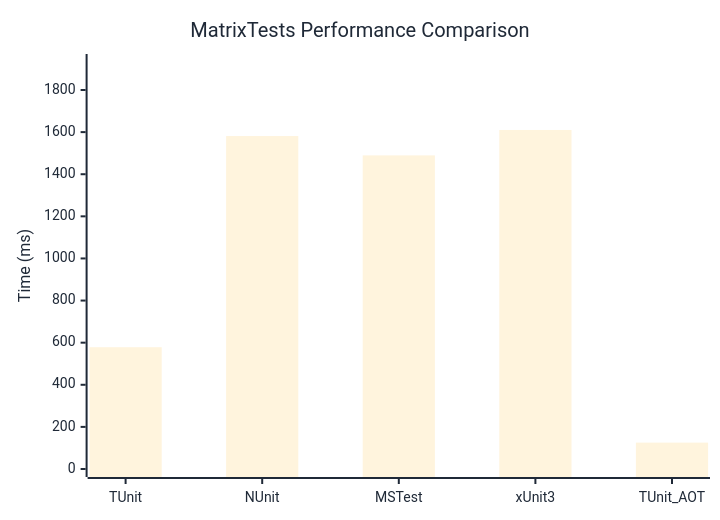
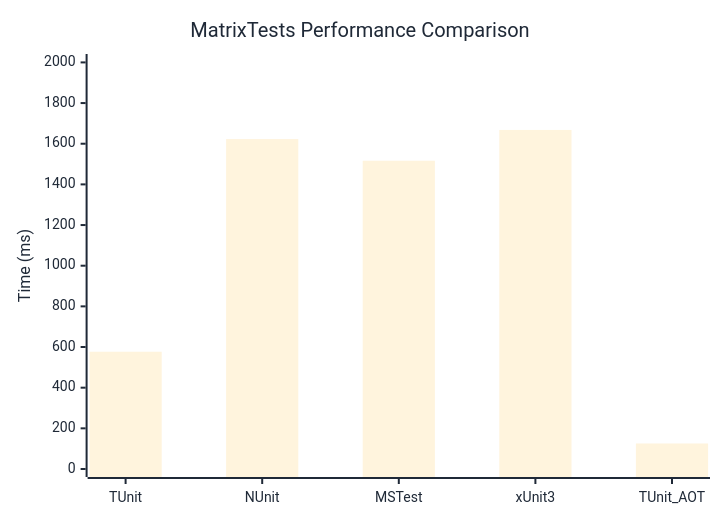
The diagram in docs/docs/benchmarks/MatrixTests.md (thomhurst/TUnit), drawn with Mermaid before and after one commit. The commit also changed other lines of this file and 17 other files, not shown here.

````diff
--- a/docs/docs/benchmarks/MatrixTests.md
+++ b/docs/docs/benchmarks/MatrixTests.md
@@ -27,37 +27,37 @@
 ```mermaid
 %%{init: {
   'theme':'base',
   'themeVariables': {
     'primaryColor': '#2563eb',
     'primaryTextColor': '#1f2937',
     'primaryBorderColor': '#1e40af',
     'lineColor': '#6b7280',
     'secondaryColor': '#7c3aed',
     'tertiaryColor': '#dc2626',
     'background': '#ffffff',
     'mainBkg': '#2563eb',
     'secondBkg': '#7c3aed',
     'tertiaryBkg': '#dc2626',
     'clusterBkg': '#f3f4f6',
     'edgeLabelBackground': '#ffffff',
     'tertiaryTextColor': '#1f2937',
     'pie1': '#2563eb',
     'pie2': '#7c3aed',
     'pie3': '#dc2626',
     'pie4': '#f59e0b',
     'pie5': '#10b981',
     'pie6': '#06b6d4',
     'pie7': '#ec4899',
     'pie8': '#6366f1',
     'pie9': '#84cc16',
     'pie10': '#f97316',
     'pie11': '#14b8a6',
     'pie12': '#a855f7'
   }
 }}%%
 xychart-beta
   title "MatrixTests Performance Comparison"
   x-axis ["TUnit", "NUnit", "MSTest", "xUnit3", "TUnit_AOT"]
-  y-axis "Time (ms)" 0 --> 1933
-  bar [578.4, 1581.3, 1489.4, 1610.2, 125.3]
+  y-axis "Time (ms)" 0 --> 2002
+  bar [576.8, 1622.9, 1516.3, 1667.9, 125.5]
 ```
````
